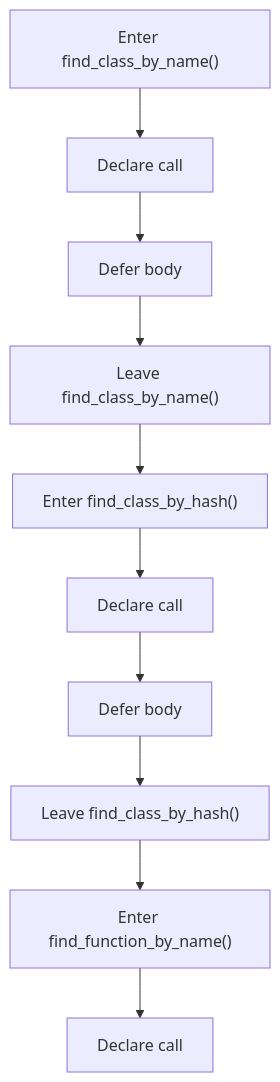
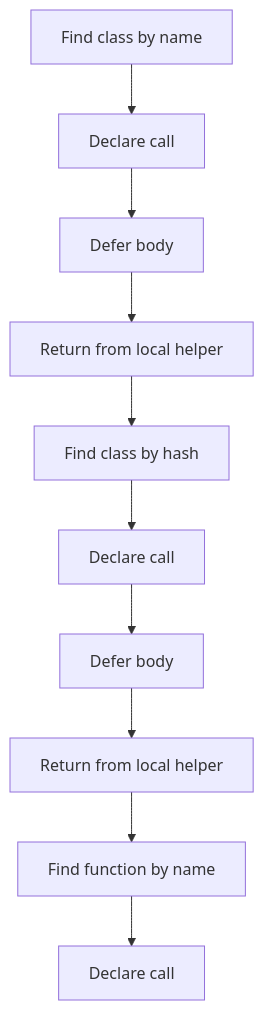
One commit to JohnAndrewBalbarosa/NeoTerritory changed the fourth of 6 diagrams in docs/Codebase/Microservice/Modules/Header/SyntacticBrokenAST/Analysis/ImplementationUse/Binding/Symbols/Flow/parse_tree_symbols_program_flow.hpp.md. Above: the diagram before and after it, drawn with Mermaid. The commit also changed other lines of this file and 925 other files, not shown here.

````diff
--- a/docs/Codebase/Microservice/Modules/Header/SyntacticBrokenAST/Analysis/ImplementationUse/Binding/Symbols/Flow/parse_tree_symbols_program_flow.hpp.md
+++ b/docs/Codebase/Microservice/Modules/Header/SyntacticBrokenAST/Analysis/ImplementationUse/Binding/Symbols/Flow/parse_tree_symbols_program_flow.hpp.md
@@ -93,22 +93,22 @@
 ```mermaid
 flowchart TD
-    N0["Enter find_class_by_name()"]
+    N0["Find class by name"]
     N1["Declare call"]
     N2["Defer body"]
-    N3["Leave find_class_by_name()"]
-    N4["Enter find_class_by_hash()"]
+    N3["Return from local helper"]
+    N4["Find class by hash"]
     N5["Declare call"]
     N6["Defer body"]
-    N7["Leave find_class_by_hash()"]
-    N8["Enter find_function_by_name()"]
+    N7["Return from local helper"]
+    N8["Find function by name"]
     N9["Declare call"]
     N0 --> N1
     N1 --> N2
     N2 --> N3
     N3 --> N4
     N4 --> N5
     N5 --> N6
     N6 --> N7
     N7 --> N8
     N8 --> N9
 ```
````
